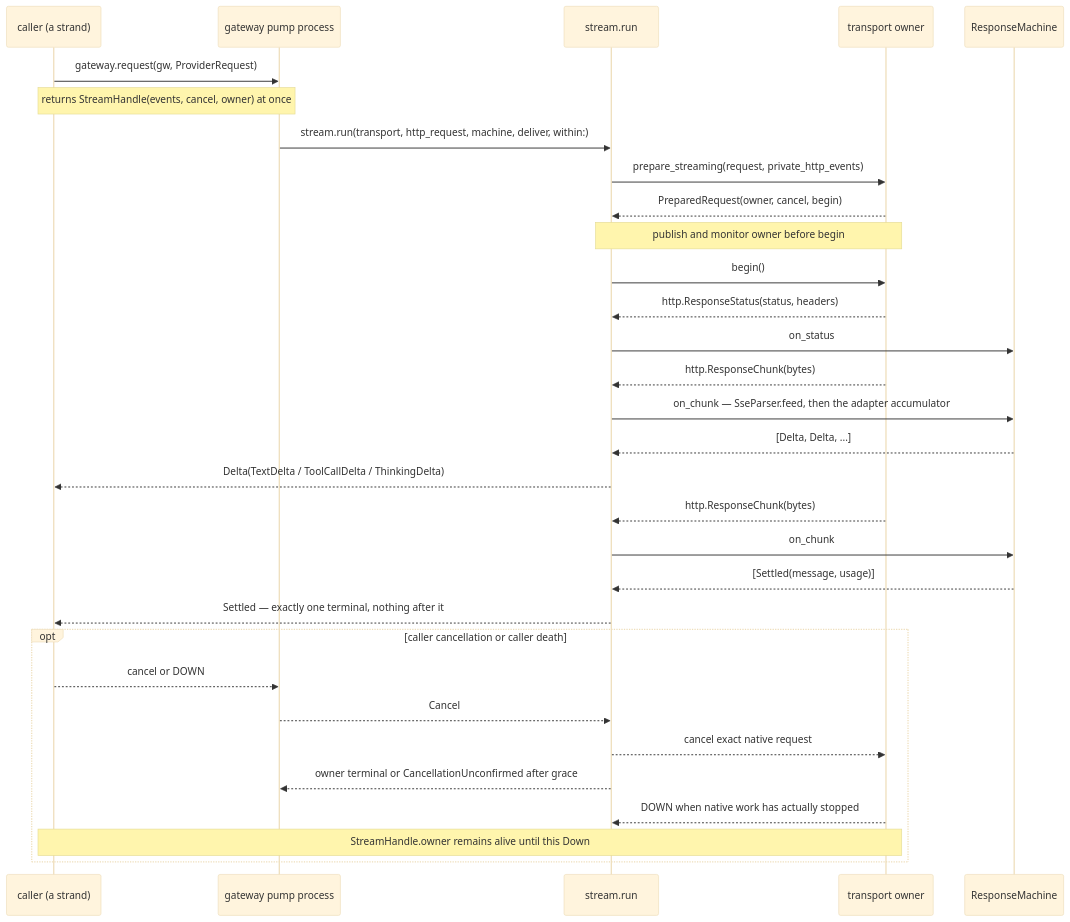
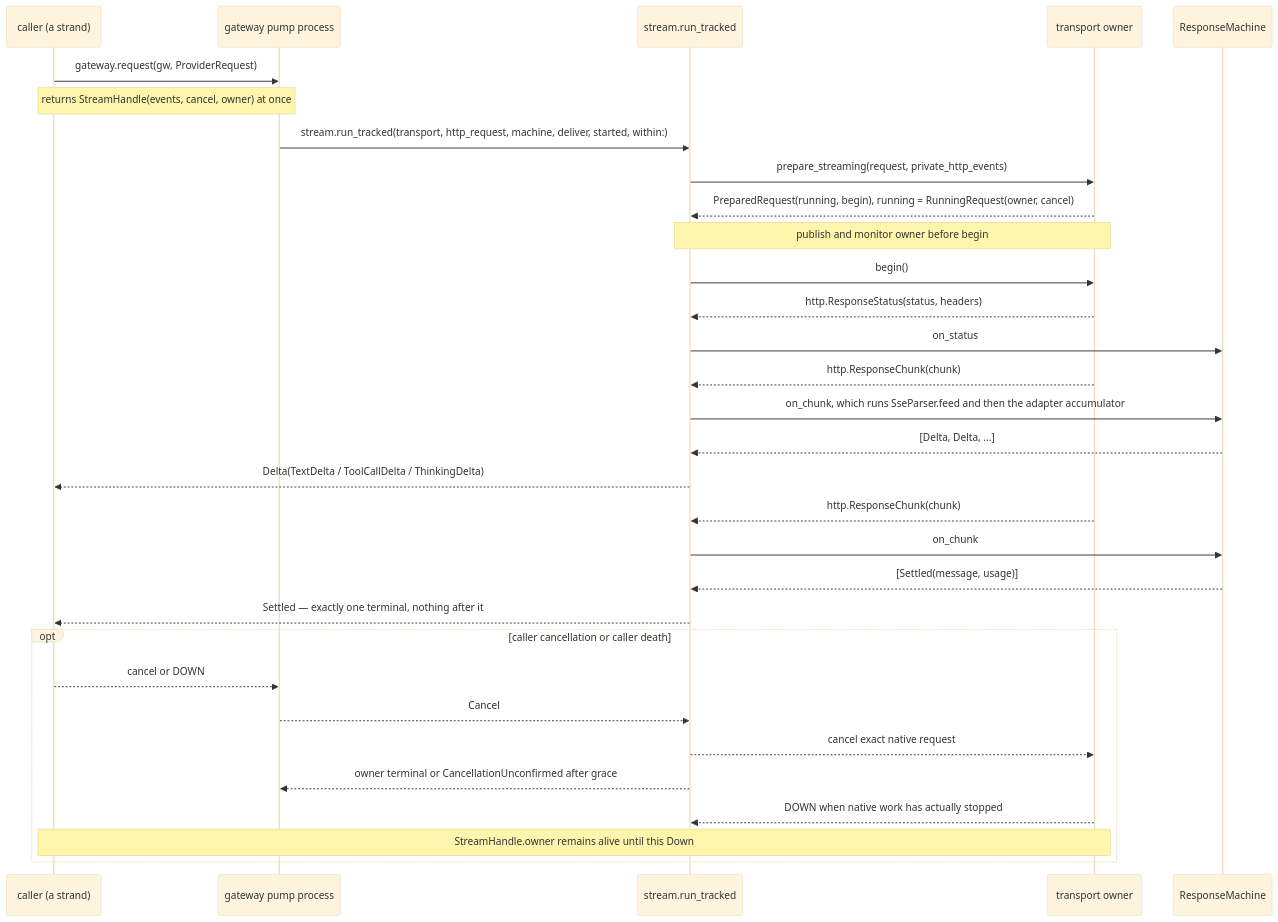
One commit to Roasbeef/loom changed the second of 5 diagrams in packages/provider/README.md. Above: the diagram before and after it, drawn with Mermaid (base theme). The commit also changed other lines of this file, not shown here.

````diff
--- a/packages/provider/README.md
+++ b/packages/provider/README.md
@@ -27,34 +84,34 @@
 ```mermaid
 sequenceDiagram
   participant C as caller (a strand)
   participant G as gateway pump process
-  participant R as stream.run
+  participant R as stream.run_tracked
   participant T as transport owner
   participant M as ResponseMachine
 
   C->>G: gateway.request(gw, ProviderRequest)
   Note over C,G: returns StreamHandle(events, cancel, owner) at once
-  G->>R: stream.run(transport, http_request, machine, deliver, within:)
+  G->>R: stream.run_tracked(transport, http_request, machine, deliver, started, within:)
   R->>T: prepare_streaming(request, private_http_events)
-  T-->>R: PreparedRequest(owner, cancel, begin)
+  T-->>R: PreparedRequest(running, begin), running = RunningRequest(owner, cancel)
   Note over R,T: publish and monitor owner before begin
   R->>T: begin()
   T-->>R: http.ResponseStatus(status, headers)
   R->>M: on_status
-  T-->>R: http.ResponseChunk(bytes)
-  R->>M: on_chunk — SseParser.feed, then the adapter accumulator
+  T-->>R: http.ResponseChunk(chunk)
+  R->>M: on_chunk, which runs SseParser.feed and then the adapter accumulator
   M-->>R: [Delta, Delta, ...]
   R-->>C: Delta(TextDelta / ToolCallDelta / ThinkingDelta)
-  T-->>R: http.ResponseChunk(bytes)
+  T-->>R: http.ResponseChunk(chunk)
   R->>M: on_chunk
   M-->>R: [Settled(message, usage)]
   R-->>C: Settled — exactly one terminal, nothing after it
   opt caller cancellation or caller death
     C-->>G: cancel or DOWN
     G-->>R: Cancel
     R-->>T: cancel exact native request
     R-->>G: owner terminal or CancellationUnconfirmed after grace
     T-->>R: DOWN when native work has actually stopped
     Note over C,T: StreamHandle.owner remains alive until this Down
   end
 ```
````
